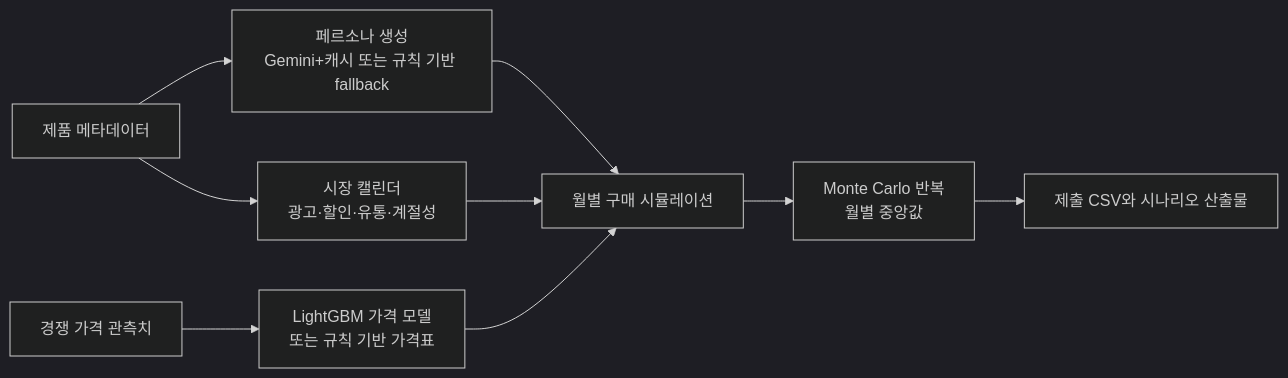
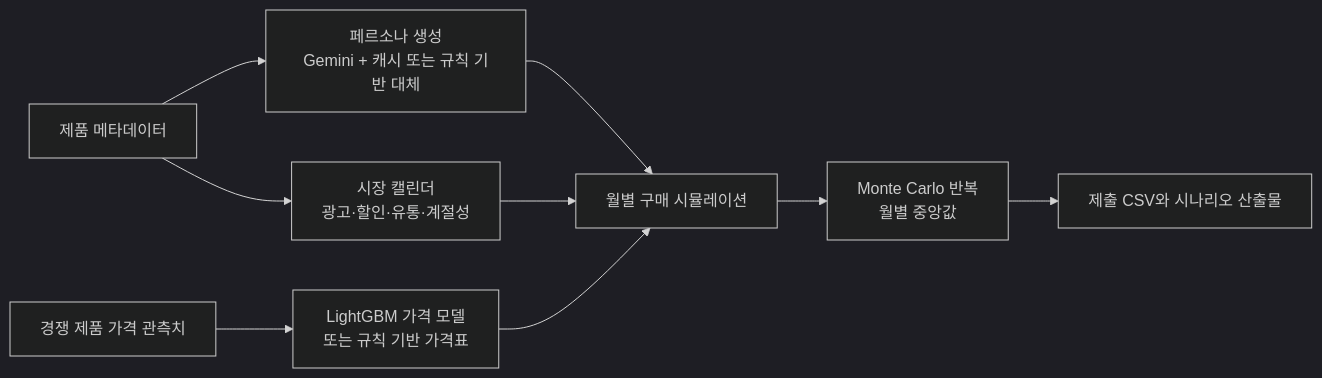
One commit to junhyung-L/cold-start-demand-simulation changed the diagram in README.ko.md. Above: the diagram before and after it, drawn with Mermaid (dark theme). The commit also changed other lines of this file and 3 other files, not shown here.

````diff
--- a/README.ko.md
+++ b/README.ko.md
@@ -19,11 +19,11 @@
 ```mermaid
 flowchart LR
-    A[제품 메타데이터] --> B[페르소나 생성\nGemini+캐시 또는 규칙 기반 fallback]
-    C[경쟁 가격 관측치] --> D[LightGBM 가격 모델\n또는 규칙 기반 가격표]
+    A[제품 메타데이터] --> B[페르소나 생성\nGemini + 캐시 또는 규칙 기반 대체]
+    C[경쟁 제품 가격 관측치] --> D[LightGBM 가격 모델\n또는 규칙 기반 가격표]
     A --> H[시장 캘린더\n광고·할인·유통·계절성]
     B --> E[월별 구매 시뮬레이션]
     D --> E
     H --> E
     E --> F[Monte Carlo 반복\n월별 중앙값]
     F --> G[제출 CSV와 시나리오 산출물]
 ```
````
